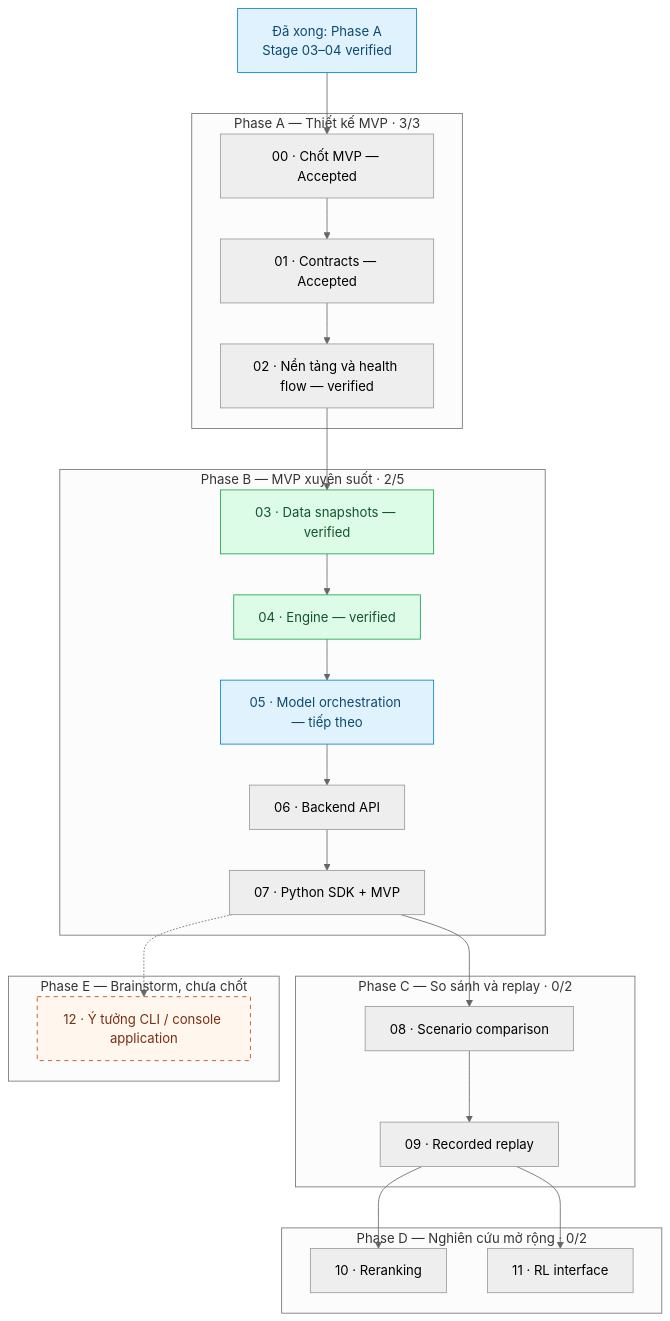
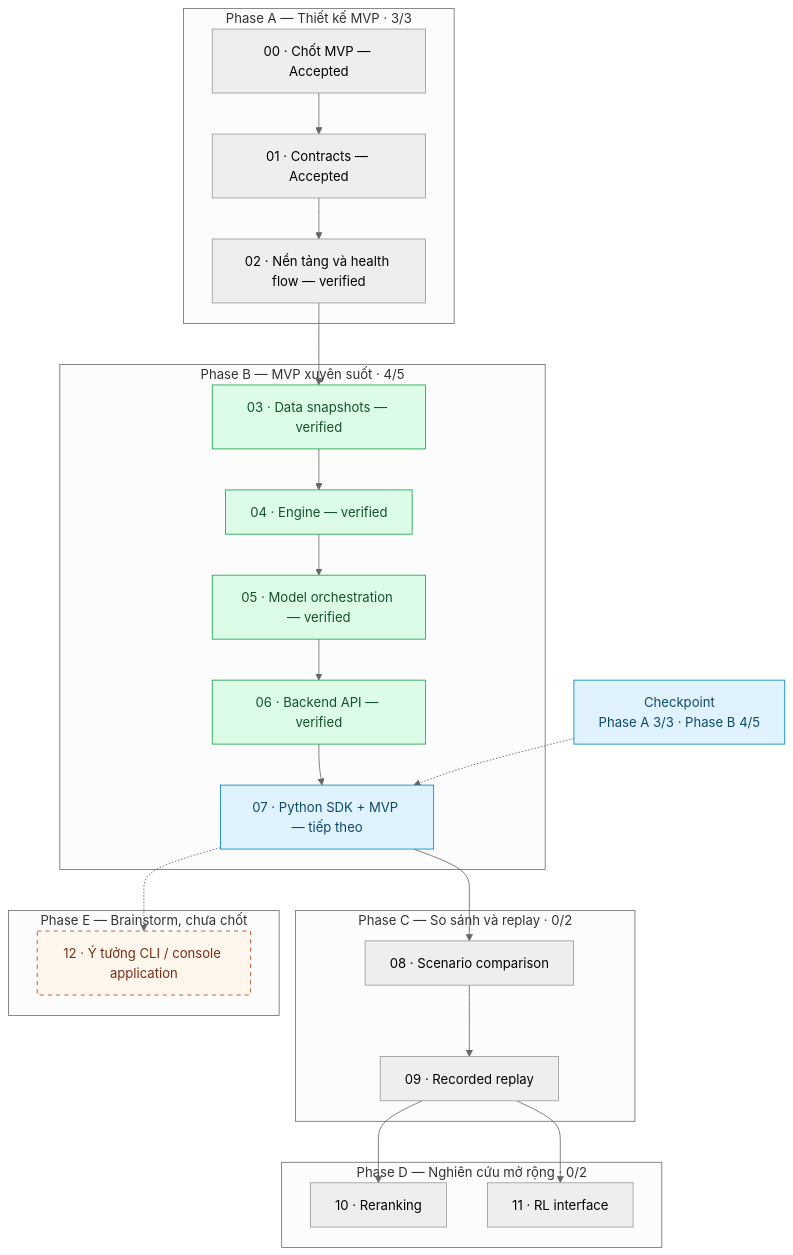
Before and after one commit to ryantr-statinops/factorsbt: the diagram in plan/implementation/README.md, drawn with Mermaid (neutral theme). The commit also changed other lines of this file and 17 other files, not shown here.

Commit message:
docs(api): record implemented MVP run operations

````diff
--- a/plan/implementation/README.md
+++ b/plan/implementation/README.md
@@ -48,44 +48,44 @@
 ```mermaid
 flowchart TD
-    NOW["Đã xong: Phase A<br/>Stage 03–04 verified"]
-    NOW --> A0
+    NOW["Checkpoint<br/>Phase A 3/3 · Phase B 4/5"]
 
     subgraph A["Phase A — Thiết kế MVP · 3/3"]
         A0["00 · Chốt MVP — Accepted"] --> A1["01 · Contracts — Accepted"]
         A1 --> A2["02 · Nền tảng và health flow — verified"]
     end
 
-    subgraph B["Phase B — MVP xuyên suốt · 2/5"]
+    subgraph B["Phase B — MVP xuyên suốt · 4/5"]
         B0["03 · Data snapshots — verified"] --> B1["04 · Engine — verified"]
-        B1 --> B2["05 · Model orchestration — tiếp theo"]
-        B2 --> B3["06 · Backend API"]
-        B3 --> B4["07 · Python SDK + MVP"]
+        B1 --> B2["05 · Model orchestration — verified"]
+        B2 --> B3["06 · Backend API — verified"]
+        B3 --> B4["07 · Python SDK + MVP — tiếp theo"]
     end
 
     subgraph C["Phase C — So sánh và replay · 0/2"]
         C0["08 · Scenario comparison"] --> C1["09 · Recorded replay"]
     end
 
     subgraph D["Phase D — Nghiên cứu mở rộng · 0/2"]
         D0["10 · Reranking"]
         D1["11 · RL interface"]
     end
 
     subgraph E["Phase E — Brainstorm, chưa chốt"]
         E0["12 · Ý tưởng CLI / console application"]
     end
 
     A2 --> B0
+    NOW -.-> B4
     B4 --> C0
     C1 --> D0
     C1 --> D1
     B4 -.-> E0
 
     classDef current fill:#e0f2fe,stroke:#0284c7,color:#0c4a6e
     classDef implemented fill:#dcfce7,stroke:#16a34a,color:#14532d
     classDef idea fill:#fff7ed,stroke:#c2410c,color:#7c2d12,stroke-dasharray:5 5
     class NOW current
-    class B0,B1 implemented
-    class B2 current
+    class B0,B1,B2,B3 implemented
+    class B4 current
     class E0 idea
 ```
````
